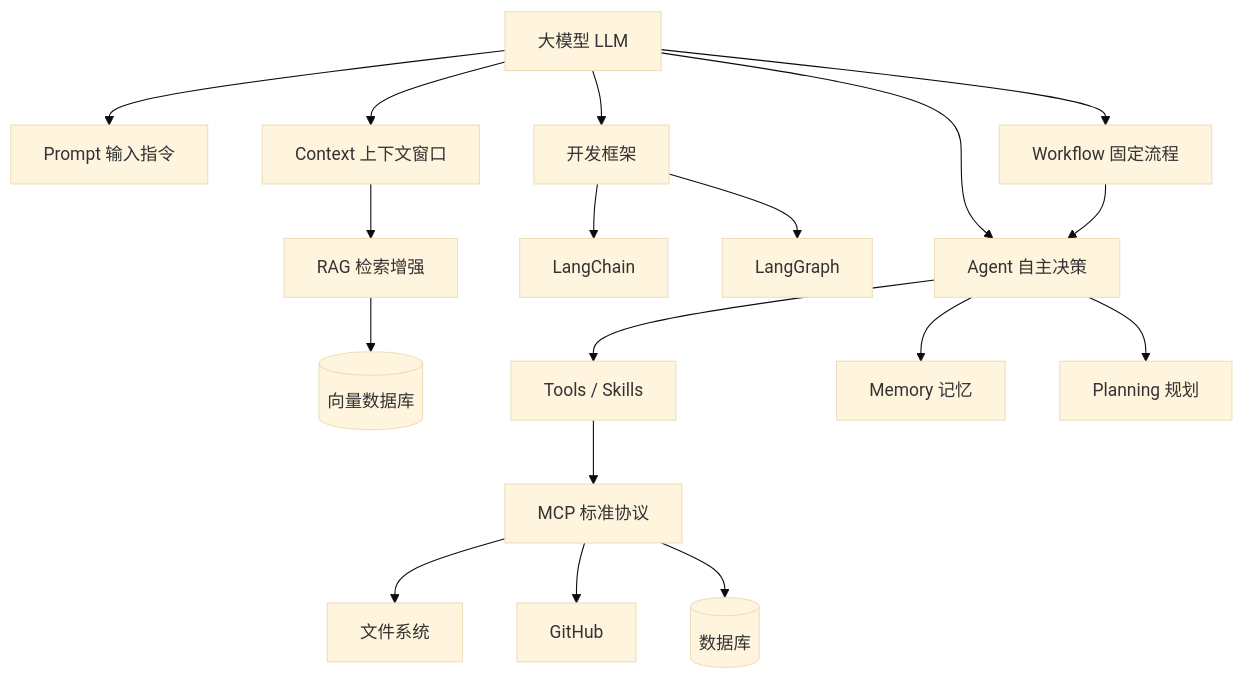
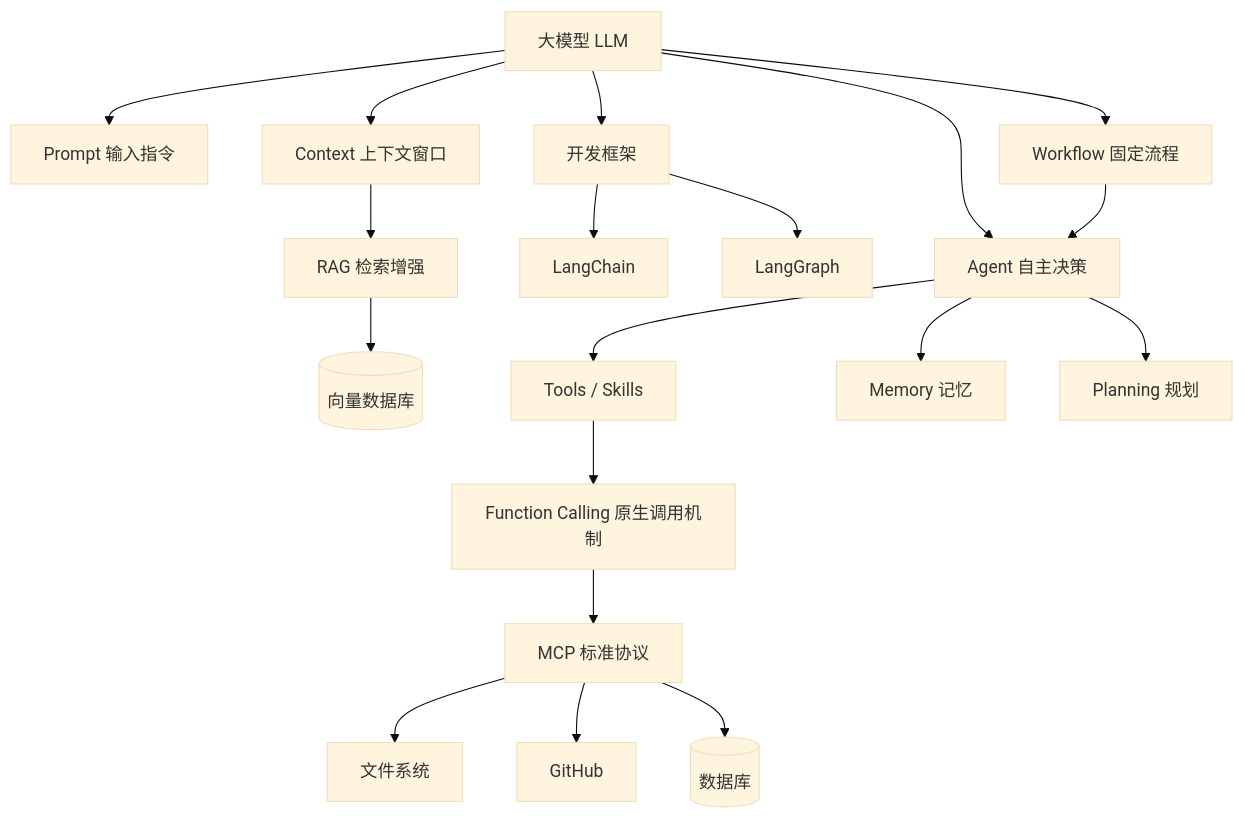
Before and after one commit to ildream/learnAI: the diagram in docs/llm/ai-concepts-evolution.md, drawn with Mermaid (base theme). The commit also changed other lines of this file and 2 other files, not shown here.

Commit message:
docs: 补充 Function Calling 概念 + 新增 AI 工程师能力图谱

````diff
--- a/docs/llm/ai-concepts-evolution.md
+++ b/docs/llm/ai-concepts-evolution.md
@@ -313,26 +399,27 @@
 ```mermaid
 graph TD
     LLM[大模型 LLM]
     LLM --> Prompt[Prompt 输入指令]
     LLM --> Context[Context 上下文窗口]
     Context --> RAG[RAG 检索增强]
     RAG --> VDB[(向量数据库)]
 
     LLM --> Framework[开发框架]
     Framework --> LangChain[LangChain]
     Framework --> LangGraph[LangGraph]
 
     LLM --> Workflow[Workflow 固定流程]
     LLM --> Agent[Agent 自主决策]
 
     Agent --> Tools[Tools / Skills]
     Agent --> Memory[Memory 记忆]
     Agent --> Planning[Planning 规划]
 
-    Tools --> MCP[MCP 标准协议]
+    Tools --> FC[Function Calling 原生调用机制]
+    FC --> MCP[MCP 标准协议]
     MCP --> FS[文件系统]
     MCP --> GitHub[GitHub]
     MCP --> DB[(数据库)]
 
     Workflow --> Agent
 ```
````
